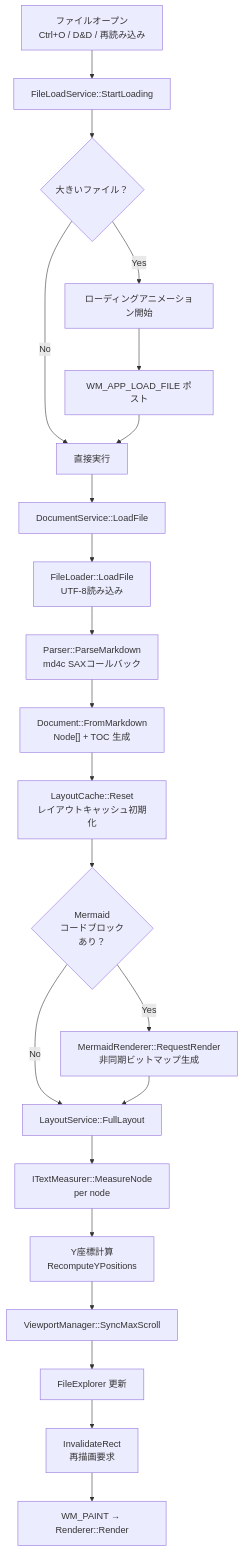
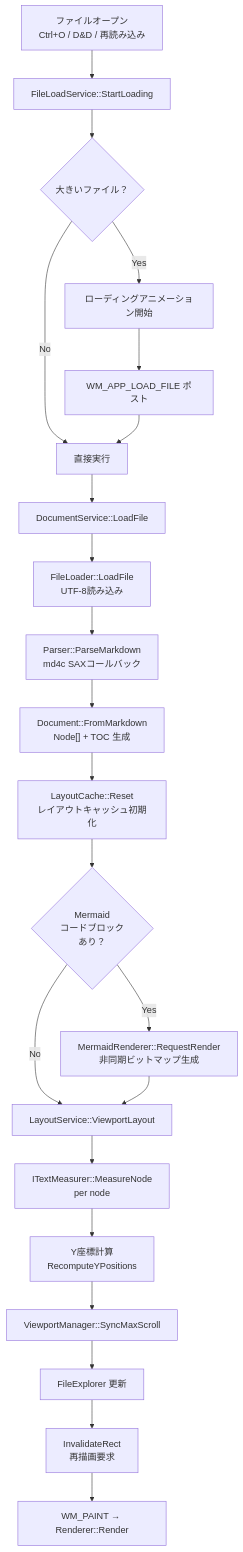
Diagram 19 of 28 in example/test.md (tanaton/mendo), drawn with Mermaid before and after one commit. The commit also changed other lines of this file, not shown here.

Commit message:
検索機能と国際化の実装、Mermaidファイルキャッシュの追加

````diff
--- a/example/test.md
+++ b/example/test.md
@@ -1706,27 +2038,27 @@
 ```mermaid
 flowchart TD
     TRIGGER[ファイルオープン<br>Ctrl+O / D&D / 再読み込み] --> FLS[FileLoadService::StartLoading]
     FLS --> ANIM{大きいファイル？}
     ANIM -->|Yes| LANIM[ローディングアニメーション開始]
     ANIM -->|No| EXEC[直接実行]
     LANIM --> POST[WM_APP_LOAD_FILE ポスト]
     POST --> EXEC
 
     EXEC --> DS[DocumentService::LoadFile]
     DS --> FLOAD[FileLoader::LoadFile<br>UTF-8読み込み]
     FLOAD --> PARSE[Parser::ParseMarkdown<br>md4c SAXコールバック]
     PARSE --> DOC["Document::FromMarkdown<br>Node[] + TOC 生成"]
 
     DOC --> LC[LayoutCache::Reset<br>レイアウトキャッシュ初期化]
     LC --> MCHK{Mermaid<br>コードブロック<br>あり？}
     MCHK -->|Yes| MREQ[MermaidRenderer::RequestRender<br>非同期ビットマップ生成]
     MCHK -->|No| LAYOUT
 
-    MREQ --> LAYOUT[LayoutService::FullLayout]
+    MREQ --> LAYOUT[LayoutService::ViewportLayout]
     LAYOUT --> TXTL[ITextMeasurer::MeasureNode<br>per node]
     TXTL --> YPOS[Y座標計算<br>RecomputeYPositions]
     YPOS --> SYNC[ViewportManager::SyncMaxScroll]
     SYNC --> FE[FileExplorer 更新]
     FE --> INVAL[InvalidateRect<br>再描画要求]
     INVAL --> PAINT[WM_PAINT → Renderer::Render]
 ```
````
